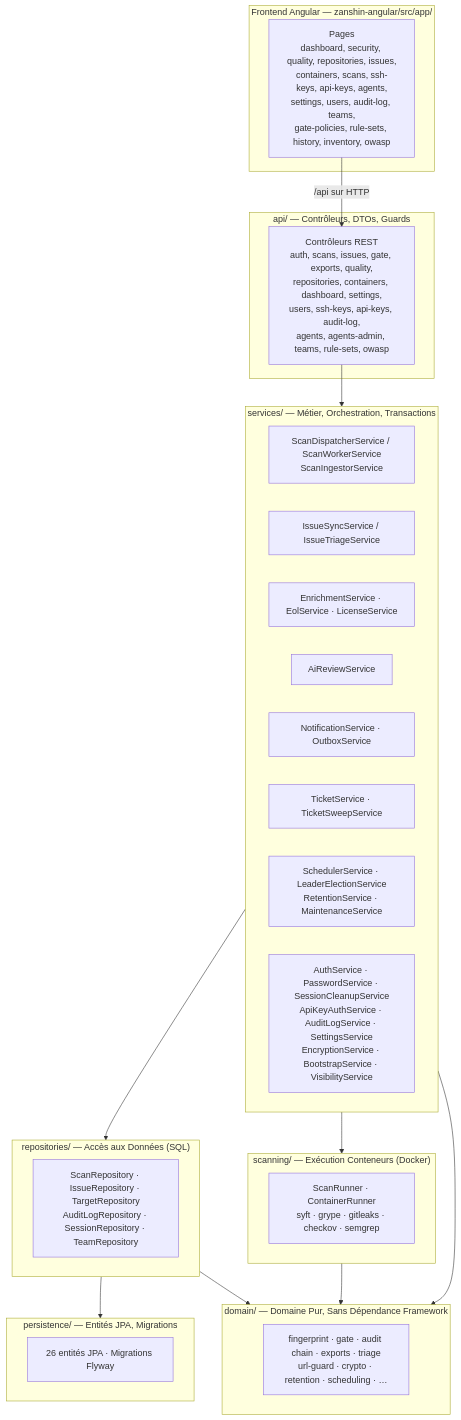
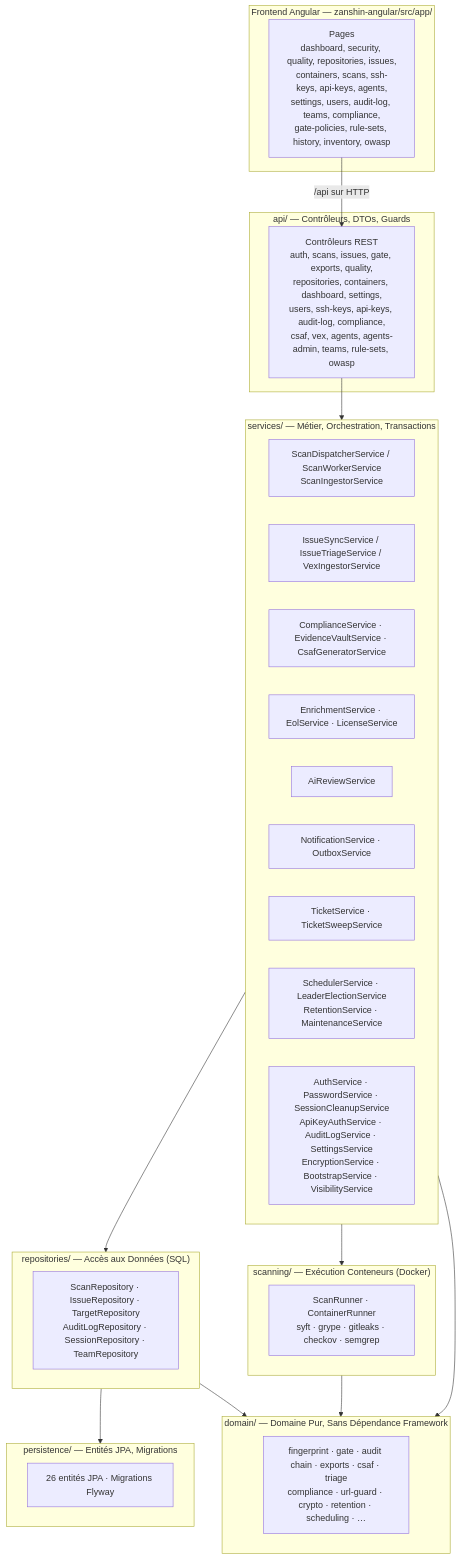
The diagram in docs/fr/TECHNICAL_DOCUMENTATION.fr.md (asmolabs/vectispire), drawn with Mermaid before and after one commit. The commit also changed other lines of this file and 44 other files, not shown here.

Commit message:
feat: implement OpenVEX ingestion for automated triage and reorganize project documentation folders

````diff
--- a/docs/fr/TECHNICAL_DOCUMENTATION.fr.md
+++ b/docs/fr/TECHNICAL_DOCUMENTATION.fr.md
@@ -13,46 +13,47 @@
 ```mermaid
 flowchart TB
     subgraph front["Frontend Angular — zanshin-angular/src/app/"]
-        Pages["Pages<br/>dashboard, security, quality, repositories, issues,<br/>containers, scans, ssh-keys, api-keys, agents,<br/>settings, users, audit-log, teams,<br/>gate-policies, rule-sets, history, inventory, owasp"]
+        Pages["Pages<br/>dashboard, security, quality, repositories, issues,<br/>containers, scans, ssh-keys, api-keys, agents,<br/>settings, users, audit-log, teams, compliance,<br/>gate-policies, rule-sets, history, inventory, owasp"]
     end
 
     subgraph api["api/ — Contrôleurs, DTOs, Guards"]
-        Routes["Contrôleurs REST<br/>auth, scans, issues, gate, exports, quality,<br/>repositories, containers, dashboard, settings,<br/>users, ssh-keys, api-keys, audit-log,<br/>agents, agents-admin, teams, rule-sets, owasp"]
+        Routes["Contrôleurs REST<br/>auth, scans, issues, gate, exports, quality,<br/>repositories, containers, dashboard, settings,<br/>users, ssh-keys, api-keys, audit-log, compliance,<br/>csaf, vex, agents, agents-admin, teams, rule-sets, owasp"]
     end
 
     subgraph services["services/ — Métier, Orchestration, Transactions"]
         Scan["ScanDispatcherService / ScanWorkerService<br/>ScanIngestorService"]
-        Issue["IssueSyncService / IssueTriageService"]
+        Issue["IssueSyncService / IssueTriageService / VexIngestorService"]
+        Comp["ComplianceService · EvidenceVaultService · CsafGeneratorService"]
         Enrich["EnrichmentService · EolService · LicenseService"]
         Ai["AiReviewService"]
         Notify["NotificationService · OutboxService"]
         Ticket["TicketService · TicketSweepService"]
         Ops["SchedulerService · LeaderElectionService<br/>RetentionService · MaintenanceService"]
         Auth["AuthService · PasswordService · SessionCleanupService<br/>ApiKeyAuthService · AuditLogService · SettingsService<br/>EncryptionService · BootstrapService · VisibilityService"]
     end
 
     subgraph repos["repositories/ — Accès aux Données (SQL)"]
         R["ScanRepository · IssueRepository · TargetRepository<br/>AuditLogRepository · SessionRepository · TeamRepository"]
     end
 
     subgraph persistence["persistence/ — Entités JPA, Migrations"]
         Ent["26 entités JPA · Migrations Flyway"]
     end
 
     subgraph domain["domain/ — Domaine Pur, Sans Dépendance Framework"]
-        D["fingerprint · gate · audit chain · exports · triage<br/>url-guard · crypto · retention · scheduling · …"]
+        D["fingerprint · gate · audit chain · exports · csaf · triage<br/>compliance · url-guard · crypto · retention · scheduling · …"]
     end
 
     subgraph scanning["scanning/ — Exécution Conteneurs (Docker)"]
         S["ScanRunner · ContainerRunner<br/>syft · grype · gitleaks · checkov · semgrep"]
     end
 
     Pages -->|"/api sur HTTP"| Routes
     Routes --> services
     services --> repos
     repos --> persistence
     services --> scanning
     services --> domain
     repos --> domain
     scanning --> domain
 ```
````
